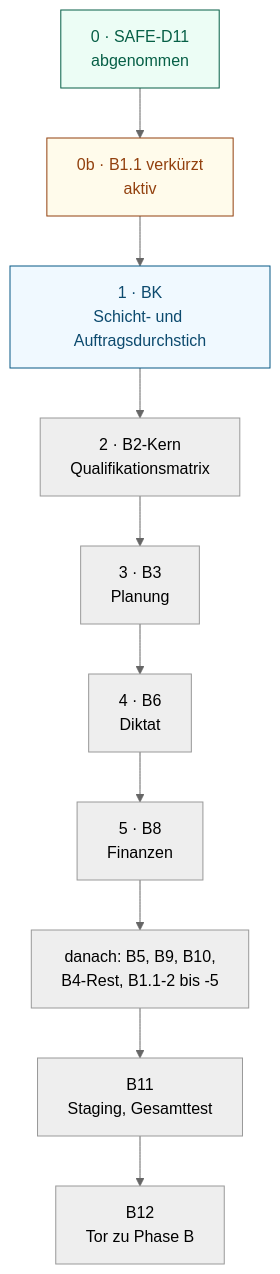
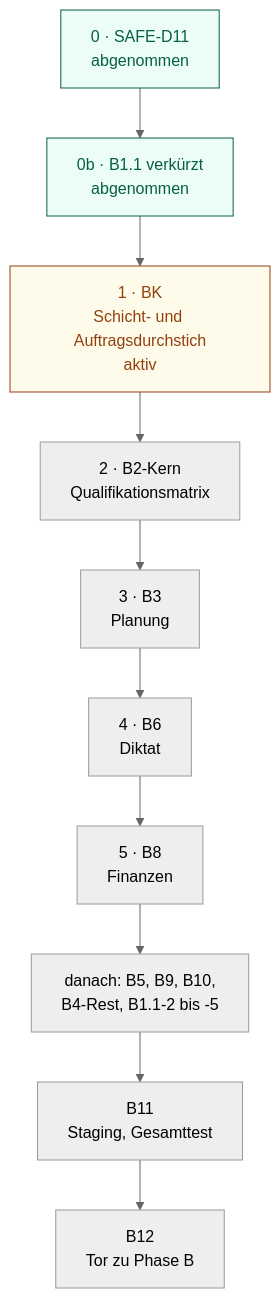
Before and after one commit to Ivica1984/navora-mvp: the seventh of 11 diagrams in docs/product/ARCHITECTURE_REVIEW_AND_IMPLEMENTATION_BLUEPRINT_V3.md, drawn with Mermaid (neutral theme). The commit also changed other lines of this file and 8 other files, not shown here.

````diff
--- a/docs/product/ARCHITECTURE_REVIEW_AND_IMPLEMENTATION_BLUEPRINT_V3.md
+++ b/docs/product/ARCHITECTURE_REVIEW_AND_IMPLEMENTATION_BLUEPRINT_V3.md
@@ -493,7 +493,7 @@
 ```mermaid
 flowchart TB
-  S0["0 · SAFE-D11<br/>abgenommen"]:::done --> S0b["0b · B1.1 verkürzt<br/>aktiv"]:::active --> BK["1 · BK<br/>Schicht- und Auftragsdurchstich"]:::next --> B2["2 · B2-Kern<br/>Qualifikationsmatrix"] --> B3["3 · B3<br/>Planung"] --> B6["4 · B6<br/>Diktat"] --> B8["5 · B8<br/>Finanzen"] --> V["danach: B5, B9, B10,<br/>B4-Rest, B1.1-2 bis -5"] --> B11["B11<br/>Staging, Gesamttest"] --> B12["B12<br/>Tor zu Phase B"]
+  S0["0 · SAFE-D11<br/>abgenommen"]:::done --> S0b["0b · B1.1 verkürzt<br/>abgenommen"]:::done --> BK["1 · BK<br/>Schicht- und Auftragsdurchstich<br/>aktiv"]:::active --> B2["2 · B2-Kern<br/>Qualifikationsmatrix"] --> B3["3 · B3<br/>Planung"] --> B6["4 · B6<br/>Diktat"] --> B8["5 · B8<br/>Finanzen"] --> V["danach: B5, B9, B10,<br/>B4-Rest, B1.1-2 bis -5"] --> B11["B11<br/>Staging, Gesamttest"] --> B12["B12<br/>Tor zu Phase B"]
   classDef done fill:#ecfdf5,stroke:#065f46,color:#065f46
   classDef active fill:#fffbeb,stroke:#92400e,color:#92400e
   classDef next fill:#f0f9ff,stroke:#075985,color:#0c4a6e
 ```
````
